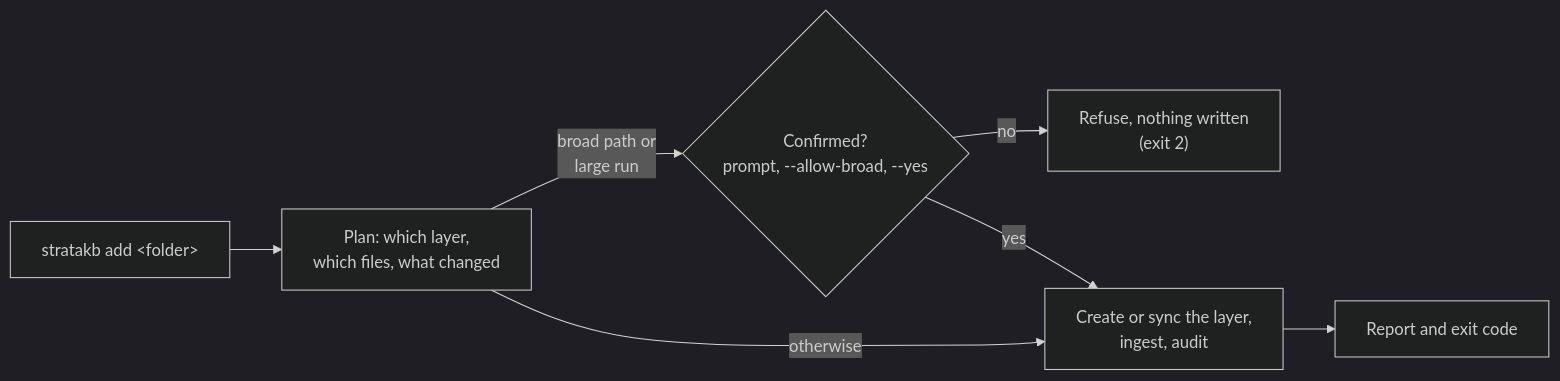
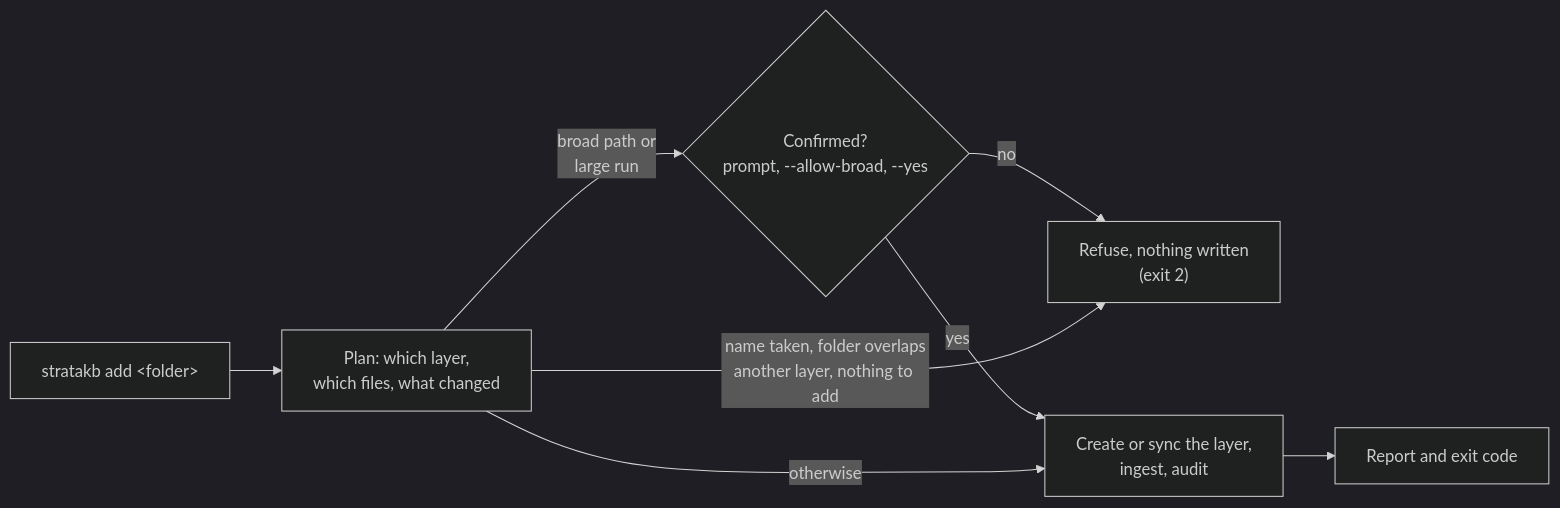
The seventh of 10 diagrams in README.md (boudou/StrataKB), drawn with Mermaid (dark theme) before and after one commit. The commit also changed other lines of this file and 3 other files, not shown here.

````diff
--- a/README.md
+++ b/README.md
@@ -160,9 +165,10 @@
 ```mermaid
 flowchart LR
     cmd["stratakb add &lt;folder&gt;"] --> plan["Plan: which layer,<br/>which files, what changed"]
     plan -->|"broad path or<br/>large run"| ask{"Confirmed?<br/>prompt, --allow-broad, --yes"}
     ask -->|"no"| stop["Refuse, nothing written<br/>(exit 2)"]
     ask -->|"yes"| apply
+    plan -->|"name taken, folder overlaps<br/>another layer, nothing to add"| stop
     plan -->|"otherwise"| apply["Create or sync the layer,<br/>ingest, audit"]
     apply --> report["Report and exit code"]
 ```
````
